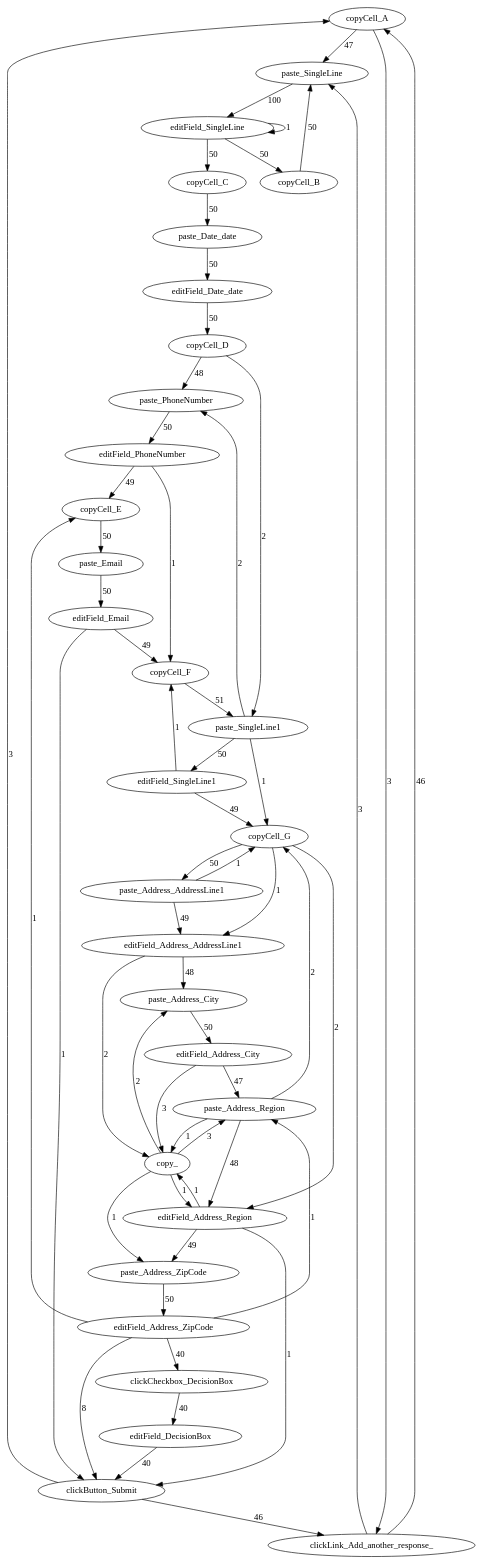
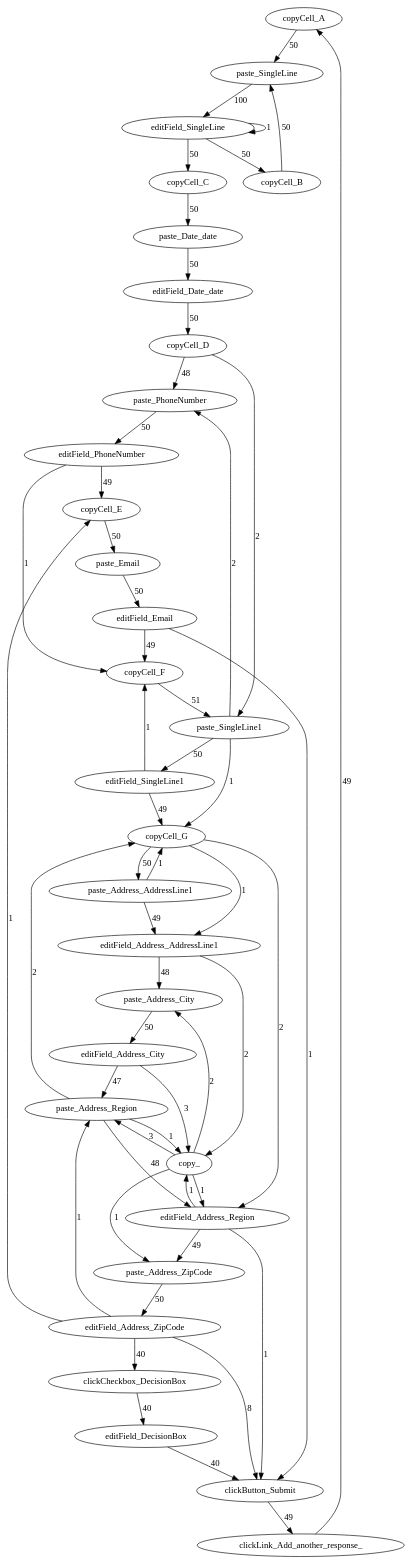
Before and after one commit to volodymyrLeno/RPM_Segmentator: the diagram in TEMP.dot, drawn with Graphviz. The commit also changed 3 other files, not shown here.

```diff
--- a/TEMP.dot
+++ b/TEMP.dot
@@ -1,58 +1,55 @@
 digraph g {
-   copyCell_A -> paste_SingleLine [label=47];
+   copyCell_A -> paste_SingleLine [label=50];
    paste_SingleLine -> editField_SingleLine [label=100];
    editField_SingleLine -> copyCell_B [label=50];
    copyCell_B -> paste_SingleLine [label=50];
    editField_SingleLine -> copyCell_C [label=50];
    copyCell_C -> paste_Date_date [label=50];
    paste_Date_date -> editField_Date_date [label=50];
    editField_Date_date -> copyCell_D [label=50];
    copyCell_D -> paste_PhoneNumber [label=48];
    paste_PhoneNumber -> editField_PhoneNumber [label=50];
    editField_PhoneNumber -> copyCell_E [label=49];
    copyCell_E -> paste_Email [label=50];
    paste_Email -> editField_Email [label=50];
    editField_Email -> copyCell_F [label=49];
    copyCell_F -> paste_SingleLine1 [label=51];
    paste_SingleLine1 -> editField_SingleLine1 [label=50];
    editField_SingleLine1 -> copyCell_G [label=49];
    copyCell_G -> paste_Address_AddressLine1 [label=50];
    paste_Address_AddressLine1 -> editField_Address_AddressLine1 [label=49];
    editField_Address_AddressLine1 -> paste_Address_City [label=48];
    paste_Address_City -> editField_Address_City [label=50];
    editField_Address_City -> paste_Address_Region [label=47];
    paste_Address_Region -> editField_Address_Region [label=48];
    editField_Address_Region -> paste_Address_ZipCode [label=49];
    paste_Address_ZipCode -> editField_Address_ZipCode [label=50];
    editField_Address_ZipCode -> clickButton_Submit [label=8];
-   clickButton_Submit -> clickLink_Add_another_response_ [label=46];
-   clickLink_Add_another_response_ -> copyCell_A [label=46];
+   clickButton_Submit -> clickLink_Add_another_response_ [label=49];
+   clickLink_Add_another_response_ -> copyCell_A [label=49];
    editField_Address_ZipCode -> clickCheckbox_DecisionBox [label=40];
    clickCheckbox_DecisionBox -> editField_DecisionBox [label=40];
    editField_DecisionBox -> clickButton_Submit [label=40];
    editField_PhoneNumber -> copyCell_F [label=1];
    editField_Address_ZipCode -> copyCell_E [label=1];
    editField_Email -> clickButton_Submit [label=1];
    editField_Address_AddressLine1 -> copy_ [label=2];
    copy_ -> paste_Address_City [label=2];
-   clickButton_Submit -> copyCell_A [label=3];
-   copyCell_A -> clickLink_Add_another_response_ [label=3];
-   clickLink_Add_another_response_ -> paste_SingleLine [label=3];
    editField_Address_City -> copy_ [label=3];
    copy_ -> paste_Address_Region [label=3];
    paste_Address_Region -> copyCell_G [label=2];
    copyCell_G -> editField_Address_Region [label=2];
    paste_Address_AddressLine1 -> copyCell_G [label=1];
    copyCell_G -> editField_Address_AddressLine1 [label=1];
    paste_Address_Region -> copy_ [label=1];
    copy_ -> editField_Address_Region [label=1];
    copyCell_D -> paste_SingleLine1 [label=2];
    paste_SingleLine1 -> paste_PhoneNumber [label=2];
    editField_Address_Region -> copy_ [label=1];
    copy_ -> paste_Address_ZipCode [label=1];
    editField_SingleLine1 -> copyCell_F [label=1];
    paste_SingleLine1 -> copyCell_G [label=1];
    editField_SingleLine -> editField_SingleLine [label=1];
    editField_Address_ZipCode -> paste_Address_Region [label=1];
    editField_Address_Region -> clickButton_Submit [label=1];
 }
```
